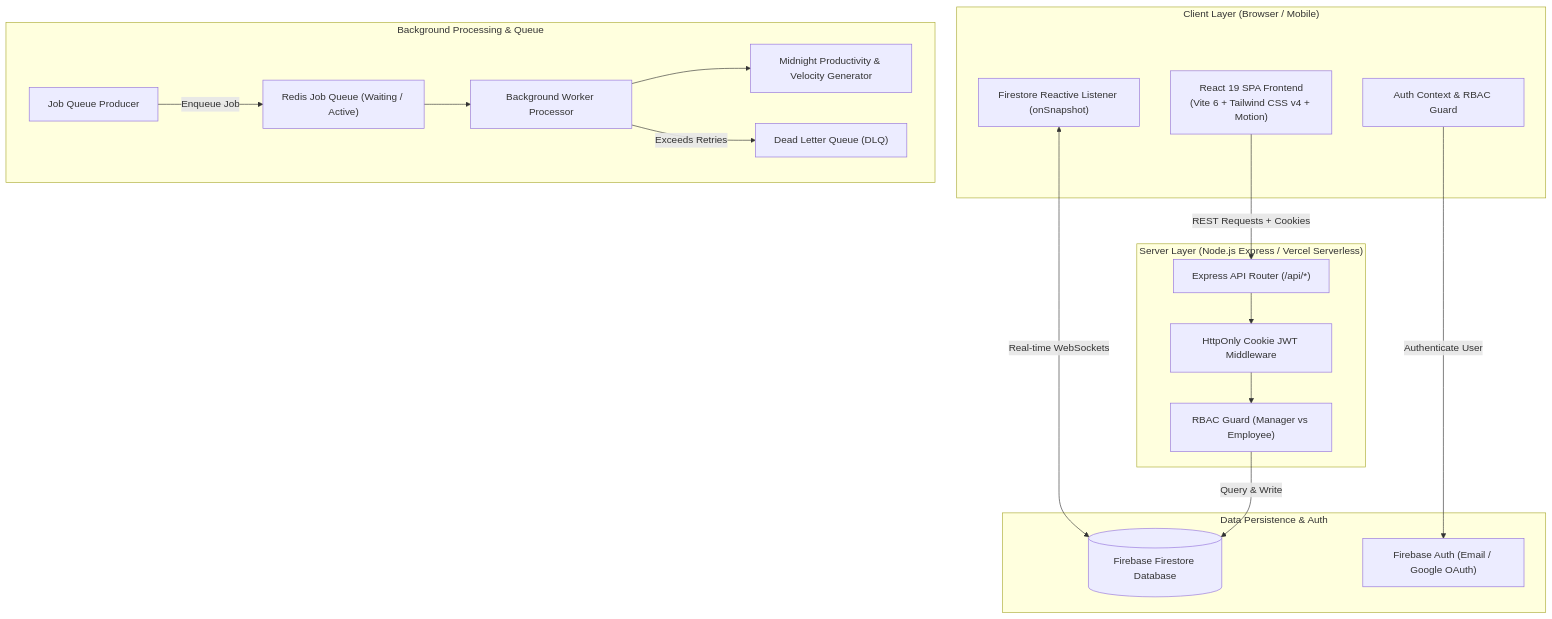
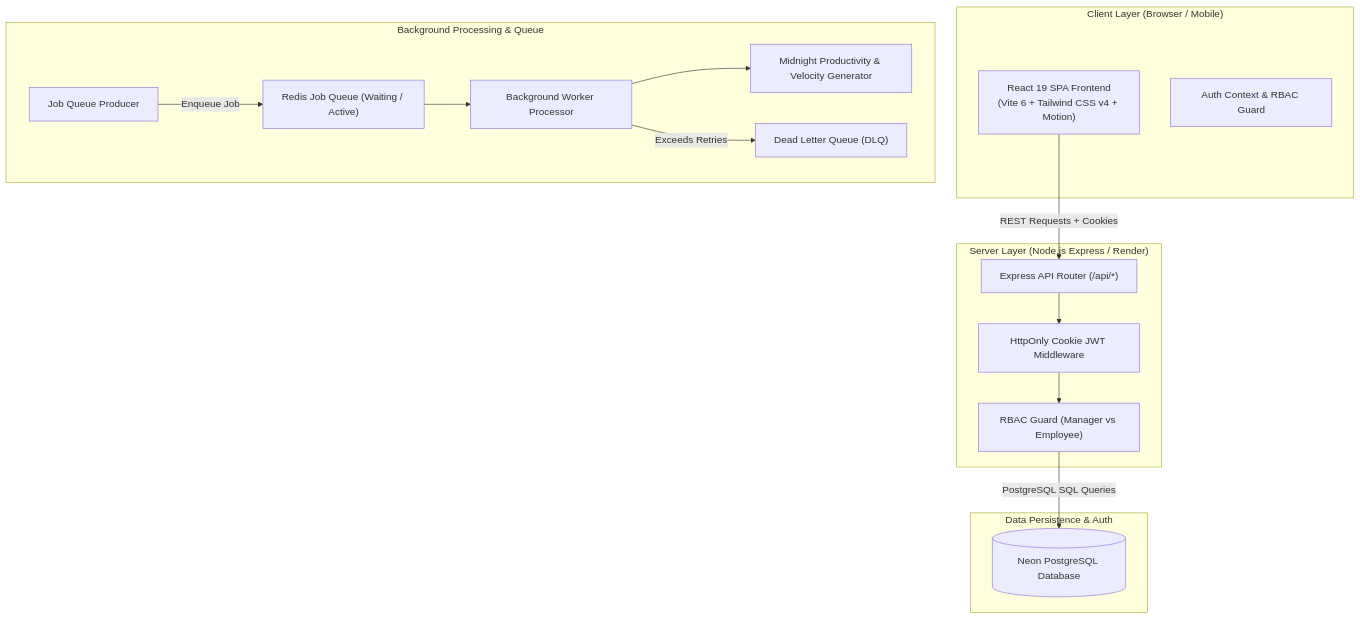
The first of 3 diagrams in README.md (endse/Sahara-agile), drawn with Mermaid before and after one commit. The commit also changed other lines of this file and 13 other files, not shown here.

Commit message:
feat: integrate Neon PostgreSQL and add TaskBoardActivityScreen, attachment management, and authentication error handling utilities.

````diff
--- a/README.md
+++ b/README.md
@@ -13,38 +13,34 @@
 ```mermaid
 flowchart TD
     subgraph Client ["Client Layer (Browser / Mobile)"]
         SPA["React 19 SPA Frontend\n(Vite 6 + Tailwind CSS v4 + Motion)"]
         AuthCtx["Auth Context & RBAC Guard"]
-        StoreSub["Firestore Reactive Listener (onSnapshot)"]
     end
 
-    subgraph API ["Server Layer (Node.js Express / Vercel Serverless)"]
+    subgraph API ["Server Layer (Node.js Express / Render)"]
         Router["Express API Router (/api/*)"]
         JWTAuth["HttpOnly Cookie JWT Middleware"]
         RBAC["RBAC Guard (Manager vs Employee)"]
     end
 
     subgraph Background ["Background Processing & Queue"]
         Producer["Job Queue Producer"]
         RedisQ["Redis Job Queue (Waiting / Active)"]
         Worker["Background Worker Processor"]
         DLQ["Dead Letter Queue (DLQ)"]
         CronService["Midnight Productivity & Velocity Generator"]
     end
 
     subgraph Data ["Data Persistence & Auth"]
-        Firestore[("Firebase Firestore Database")]
-        FirebaseAuth["Firebase Auth (Email / Google OAuth)"]
+        NeonDB[("Neon PostgreSQL Database")]
     end
 
     SPA -->|REST Requests + Cookies| Router
-    AuthCtx -->|Authenticate User| FirebaseAuth
-    StoreSub <-->|Real-time WebSockets| Firestore
     Router --> JWTAuth
     JWTAuth --> RBAC
-    RBAC -->|Query & Write| Firestore
+    RBAC -->|PostgreSQL SQL Queries| NeonDB
     Producer -->|Enqueue Job| RedisQ
     RedisQ --> Worker
     Worker --> CronService
     Worker -->|Exceeds Retries| DLQ
 ```
````
